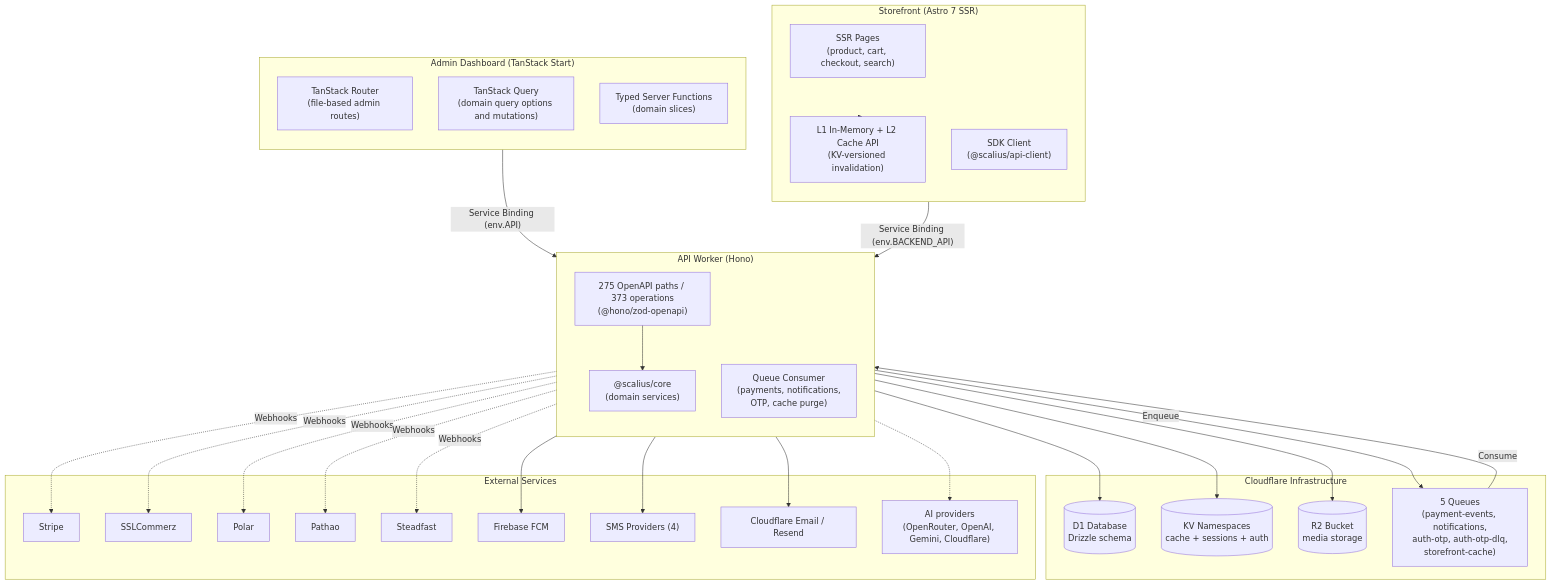
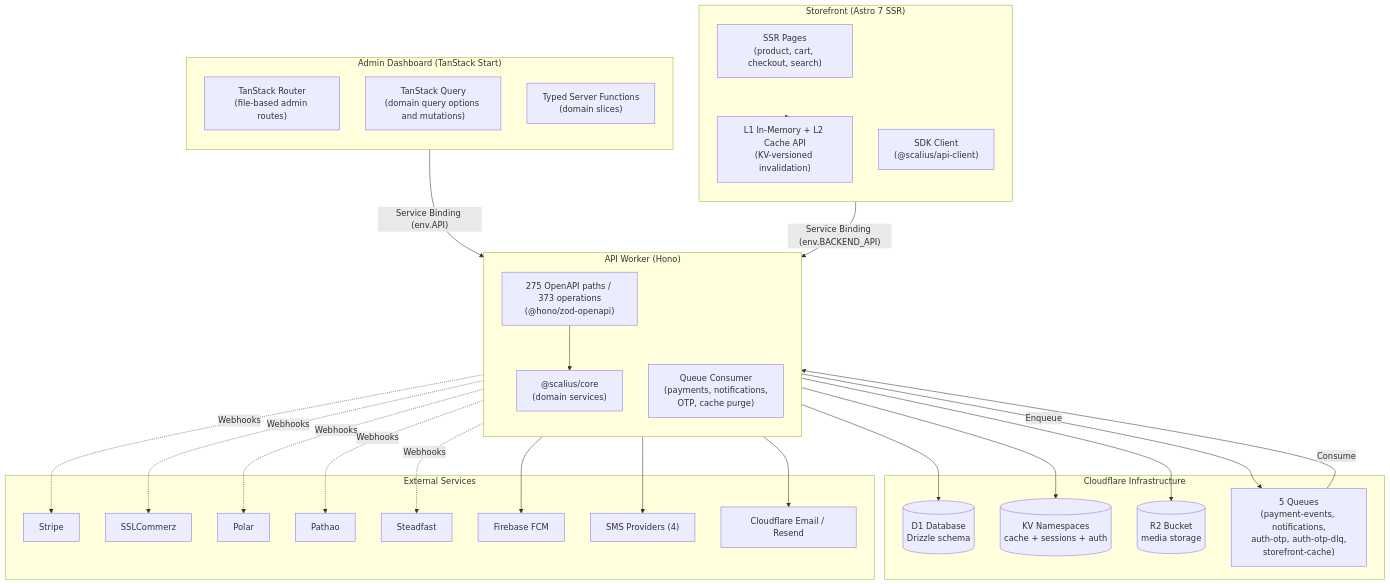
The first of 3 diagrams in README.md (scaliuslabs/scalius-commerce-lite), drawn with Mermaid before and after one commit. The commit also changed other lines of this file and 740 other files, not shown here.

````diff
--- a/README.md
+++ b/README.md
@@ -87,62 +86,60 @@
 ```mermaid
 flowchart TB
     subgraph AdminV2 ["Admin Dashboard (TanStack Start)"]
         direction TB
         TSRouter["TanStack Router<br/>(file-based admin routes)"]
         TSQuery["TanStack Query<br/>(domain query options and mutations)"]
         ServerFns["Typed Server Functions<br/>(domain slices)"]
     end
 
     subgraph Storefront ["Storefront (Astro 7 SSR)"]
         direction TB
         AstroPages["SSR Pages<br/>(product, cart, checkout, search)"]
         EdgeCache["L1 In-Memory + L2 Cache API<br/>(KV-versioned invalidation)"]
         SDKClient["SDK Client<br/>(@scalius/api-client)"]
     end
 
     subgraph API ["API Worker (Hono)"]
         direction TB
         HonoApp["275 OpenAPI paths / 373 operations<br/>(@hono/zod-openapi)"]
         QueueConsumer["Queue Consumer<br/>(payments, notifications,<br/>OTP, cache purge)"]
         CoreModules["@scalius/core<br/>(domain services)"]
     end
 
     subgraph Infra ["Cloudflare Infrastructure"]
         D1[(D1 Database<br/>Drizzle schema)]
         KV[(KV Namespaces<br/>cache + sessions + auth)]
         R2[(R2 Bucket<br/>media storage)]
         Queues["5 Queues<br/>(payment-events, notifications,<br/>auth-otp, auth-otp-dlq,<br/>storefront-cache)"]
     end
 
     subgraph External ["External Services"]
         Stripe["Stripe"]
         SSLCommerz["SSLCommerz"]
         Polar["Polar"]
         Pathao["Pathao"]
         Steadfast["Steadfast"]
         Firebase["Firebase FCM"]
         SMS["SMS Providers (4)"]
         EmailProvider["Cloudflare Email / Resend"]
-        AIProviders["AI providers<br/>(OpenRouter, OpenAI, Gemini, Cloudflare)"]
     end
 
     AdminV2 -->|"Service Binding (env.API)"| API
     Storefront -->|"Service Binding (env.BACKEND_API)"| API
     API --> D1
     API --> KV
     API --> R2
     API -->|Enqueue| Queues
     Queues -->|Consume| QueueConsumer
     QueueConsumer --> Firebase
     QueueConsumer --> SMS
     QueueConsumer --> EmailProvider
     HonoApp --> CoreModules
     Storefront --> EdgeCache
 
     API -.->|Webhooks| Stripe
     API -.->|Webhooks| SSLCommerz
     API -.->|Webhooks| Polar
     API -.->|Webhooks| Pathao
     API -.->|Webhooks| Steadfast
-    API -.-> AIProviders
 ```
````
